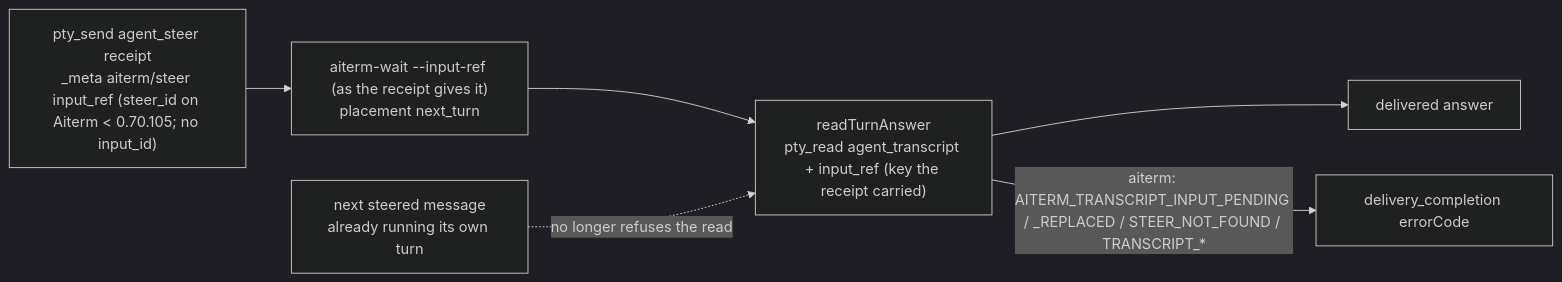
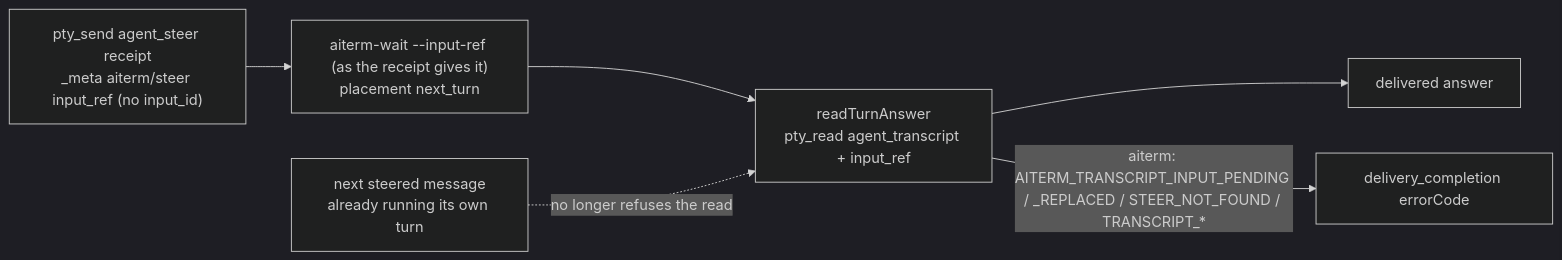
Before and after one commit to kitepon/BellTeam: the fifth of 6 diagrams in docs/architecture/modules/execution/wait-contract.md, drawn with Mermaid (dark theme). The commit also changed other lines of this file and 5 other files, not shown here.

First line of the commit message:
a532b2k2: delete the steer_id fallback (Aiterm 0.70.107 removed steer_id; container runs 0.70.109)

````diff
--- a/docs/architecture/modules/execution/wait-contract.md
+++ b/docs/architecture/modules/execution/wait-contract.md
@@ -117,8 +117,8 @@
 ```mermaid
 flowchart LR
-  Steer["pty_send agent_steer receipt<br/>_meta aiterm/steer input_ref (steer_id on Aiterm < 0.70.105; no input_id)"] --> SWait["aiterm-wait --input-ref (as the receipt gives it)<br/>placement next_turn"]
-  SWait --> SRead["readTurnAnswer<br/>pty_read agent_transcript + input_ref (key the receipt carried)"]
+  Steer["pty_send agent_steer receipt<br/>_meta aiterm/steer input_ref (no input_id)"] --> SWait["aiterm-wait --input-ref (as the receipt gives it)<br/>placement next_turn"]
+  SWait --> SRead["readTurnAnswer<br/>pty_read agent_transcript + input_ref"]
   Later["next steered message<br/>already running its own turn"] -.->|"no longer refuses the read"| SRead
   SRead --> SAnswer["delivered answer"]
   SRead -->|"aiterm: AITERM_TRANSCRIPT_INPUT_PENDING / _REPLACED / STEER_NOT_FOUND / TRANSCRIPT_*"| SFail["delivery_completion errorCode"]
 ```
````
